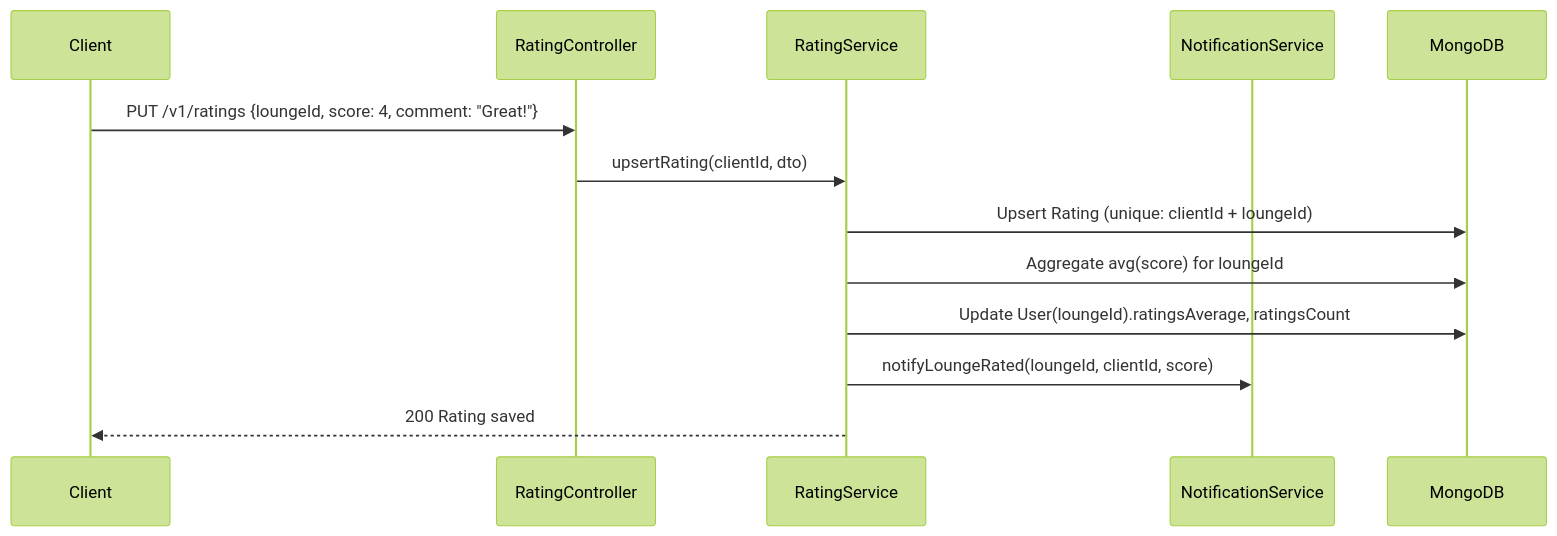
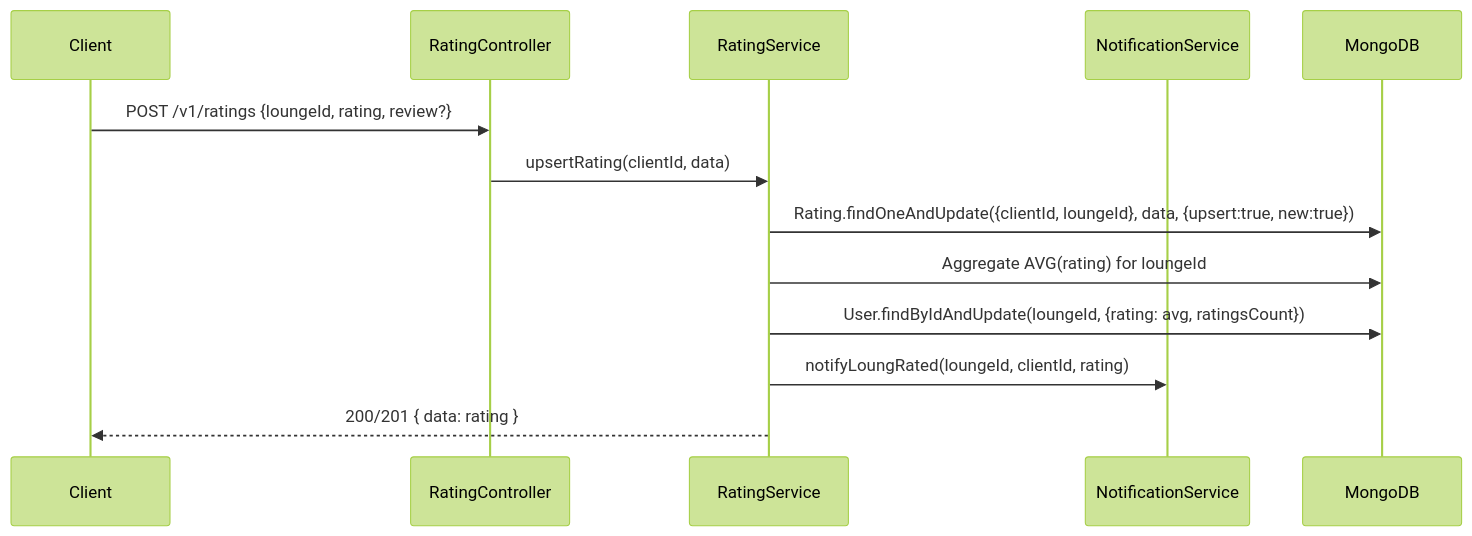
Before and after one commit to Frame-Ecosystem/Frame-Backend: the ninth of 11 diagrams in src/systems/ServiceCatalogSystem/README.md, drawn with Mermaid (forest theme). The commit also changed other lines of this file and 57 other files, not shown here.

````diff
--- a/src/systems/ServiceCatalogSystem/README.md
+++ b/src/systems/ServiceCatalogSystem/README.md
@@ -426,16 +424,16 @@
 ```mermaid
 sequenceDiagram
     participant C as Client
-    participant API as RatingController
+    participant RC as RatingController
     participant RS as RatingService
     participant NS as NotificationService
     participant DB as MongoDB
 
-    C->>API: PUT /v1/ratings {loungeId, score: 4, comment: "Great!"}
-    API->>RS: upsertRating(clientId, dto)
-    RS->>DB: Upsert Rating (unique: clientId + loungeId)
-    RS->>DB: Aggregate avg(score) for loungeId
-    RS->>DB: Update User(loungeId).ratingsAverage, ratingsCount
-    RS->>NS: notifyLoungeRated(loungeId, clientId, score)
-    RS-->>C: 200 Rating saved
+    C->>RC: POST /v1/ratings {loungeId, rating, review?}
+    RC->>RS: upsertRating(clientId, data)
+    RS->>DB: Rating.findOneAndUpdate({clientId, loungeId}, data, {upsert:true, new:true})
+    RS->>DB: Aggregate AVG(rating) for loungeId
+    RS->>DB: User.findByIdAndUpdate(loungeId, {rating: avg, ratingsCount})
+    RS->>NS: notifyLoungRated(loungeId, clientId, rating)
+    RS-->>C: 200/201 { data: rating }
 ```
````
